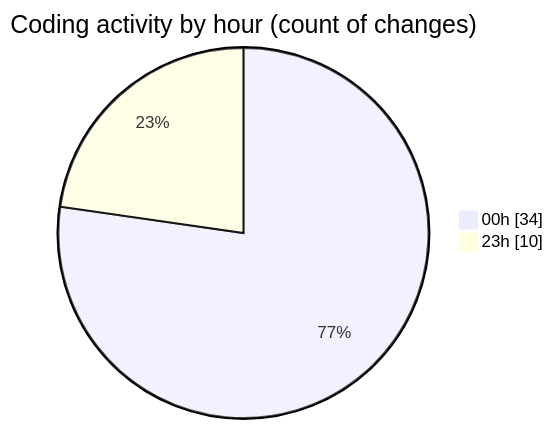
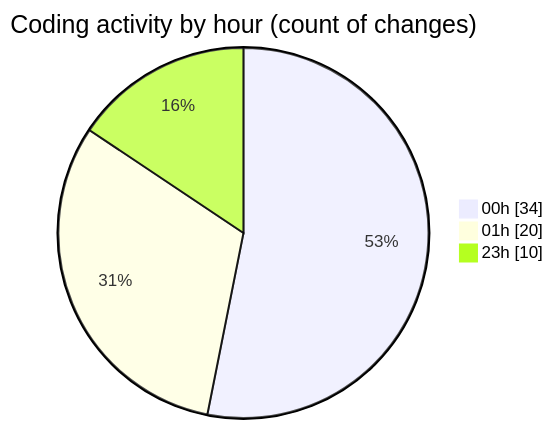
Before and after one commit to lephambinh05/code-tracking: the second of 2 diagrams in 2025-07-15/nhahang/README.md, drawn with Mermaid. The commit also changed other lines of this file and 1 other file, not shown here.

````diff
--- a/2025-07-15/nhahang/README.md
+++ b/2025-07-15/nhahang/README.md
@@ -50,6 +60,7 @@
 ```mermaid
 pie showData
 title Coding activity by hour (count of changes)
 "00h" : 34
+"01h" : 20
 "23h" : 10
 ```
````
